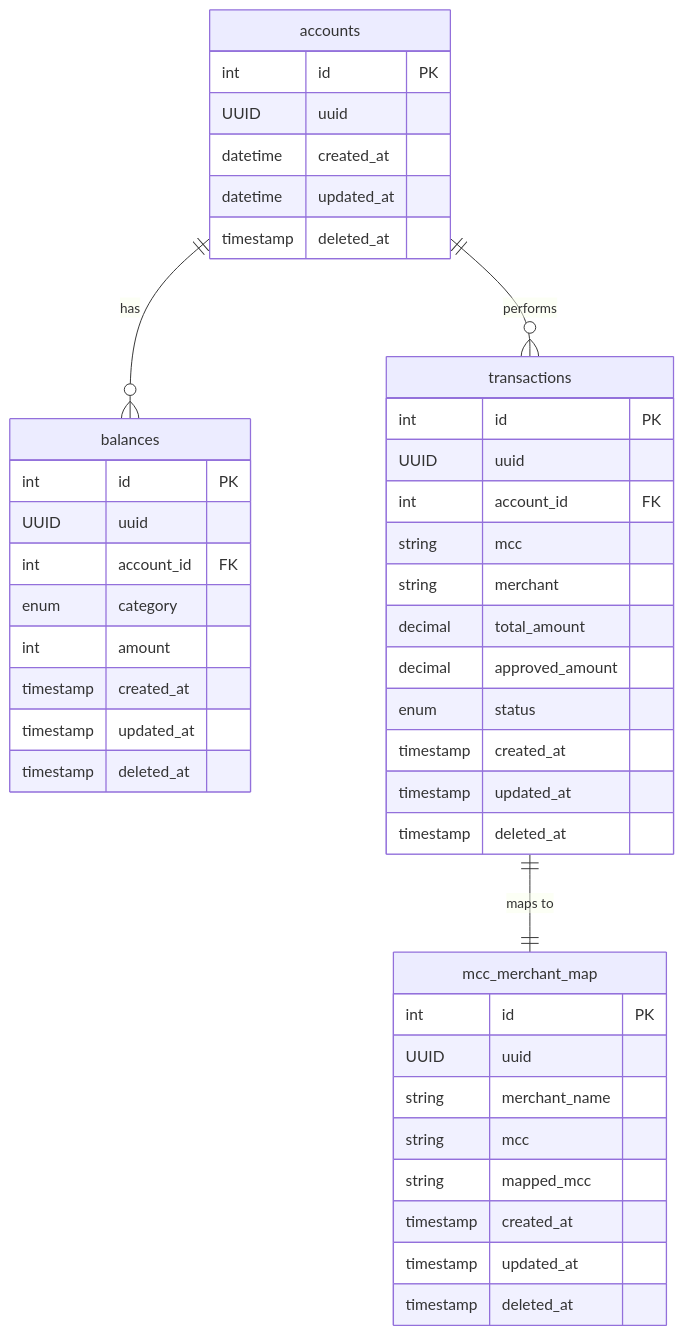
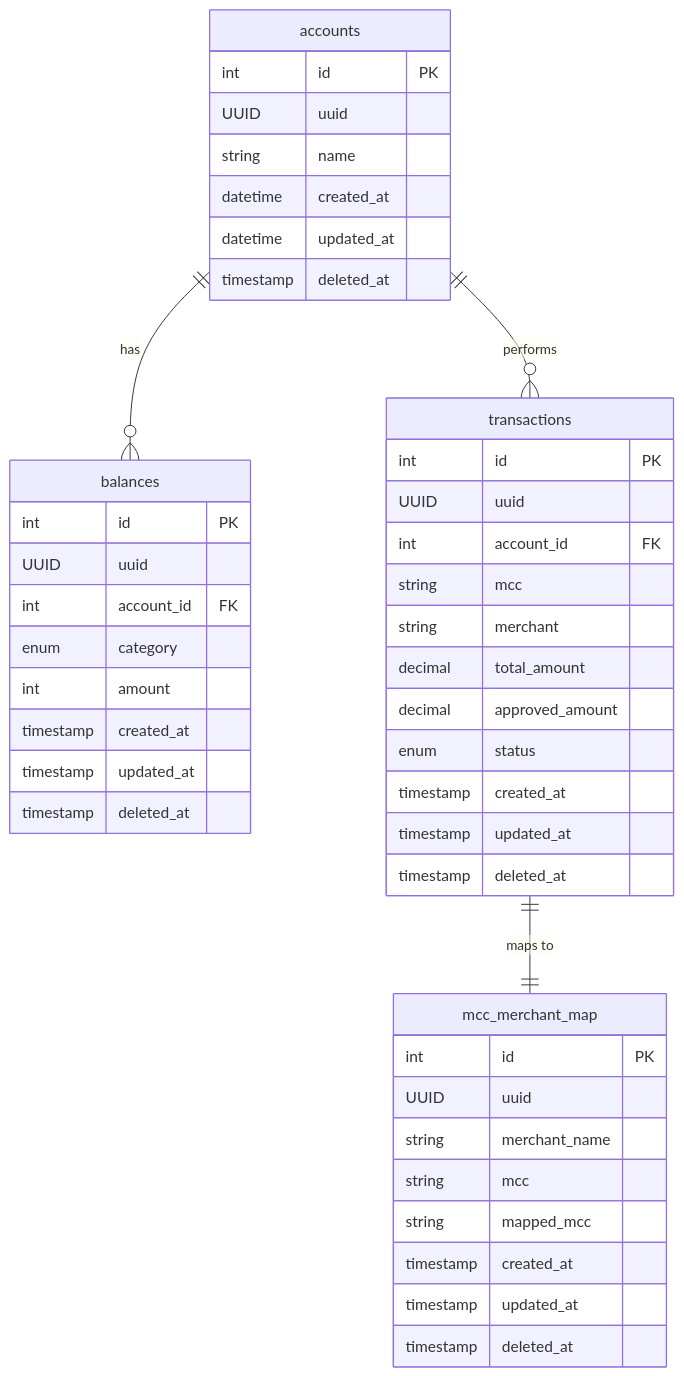
Before and after one commit to marciovmartins/jtonynet-go-payments-api: the second of 2 diagrams in README.md, drawn with Mermaid. The commit also changed other lines of this file and 15 other files, not shown here.

````diff
--- a/README.md
+++ b/README.md
@@ -298,50 +303,51 @@
 ```mermaid
 erDiagram
     accounts {
         int id PK
         UUID uuid
+        string name
         datetime created_at
         datetime updated_at
         timestamp deleted_at
     }
 
     balances {
         int id PK
         UUID uuid
         int account_id FK
         enum category
         int amount
         timestamp created_at
         timestamp updated_at
         timestamp deleted_at
     }
 
     transactions {
         int id PK
         UUID uuid
         int account_id FK
         string mcc
         string merchant
         decimal total_amount
         decimal approved_amount
         enum status
         timestamp created_at
         timestamp updated_at
         timestamp deleted_at
     }
     
     mcc_merchant_map {
         int id PK
         UUID uuid
         string merchant_name
         string mcc
         string mapped_mcc
         timestamp created_at
         timestamp updated_at
         timestamp deleted_at
     }
 
     accounts ||--o{ balances : has
     accounts ||--o{ transactions : performs
     transactions ||--|| mcc_merchant_map : "maps to"
 ```
````
